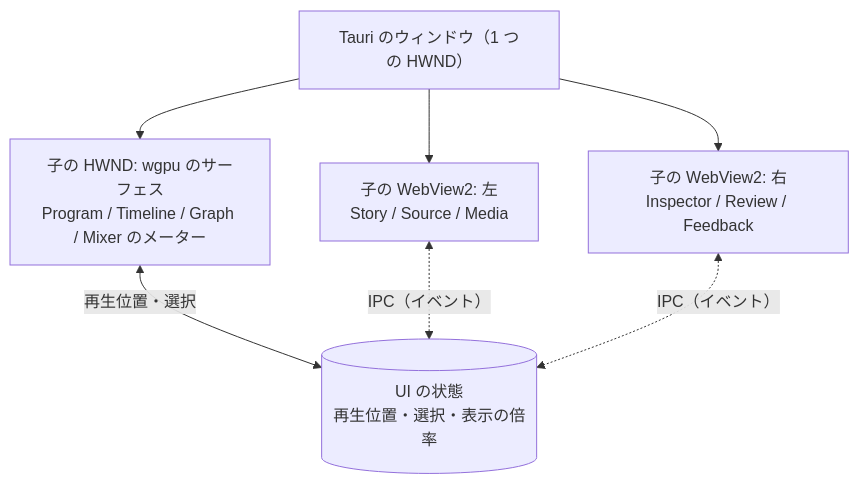
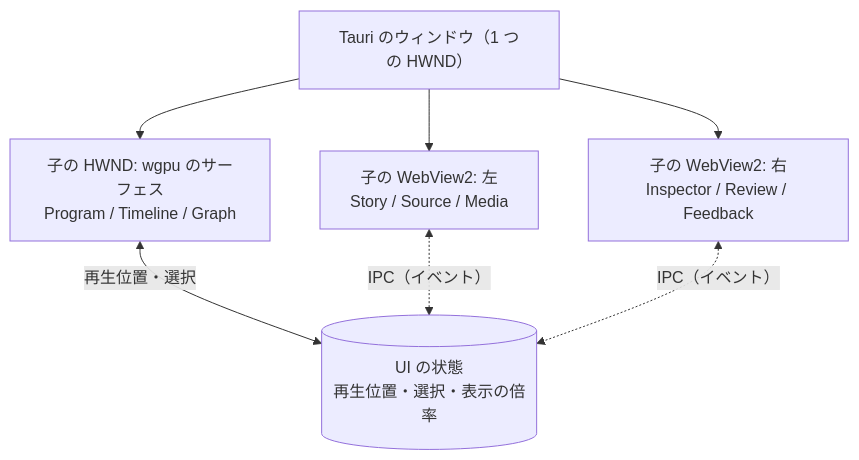
The diagram in movie-maker/docs/design/08-ui.md (Durun/claude-marketplace), drawn with Mermaid before and after one commit. The commit also changed other lines of this file and 14 other files, not shown here.

````diff
--- a/movie-maker/docs/design/08-ui.md
+++ b/movie-maker/docs/design/08-ui.md
@@ -5,10 +5,10 @@
 ```mermaid
 flowchart TB
   WIN[Tauri のウィンドウ（1 つの HWND）]
-  WIN --> SURF[子の HWND: wgpu のサーフェス<br>Program / Timeline / Graph / Mixer のメーター]
+  WIN --> SURF[子の HWND: wgpu のサーフェス<br>Program / Timeline / Graph]
   WIN --> WV1[子の WebView2: 左<br>Story / Source / Media]
   WIN --> WV2[子の WebView2: 右<br>Inspector / Review / Feedback]
   SURF <-- 再生位置・選択 --> STATE[(UI の状態<br>再生位置・選択・表示の倍率)]
   WV1 <-. IPC（イベント） .-> STATE
   WV2 <-. IPC（イベント） .-> STATE
 ```
````
